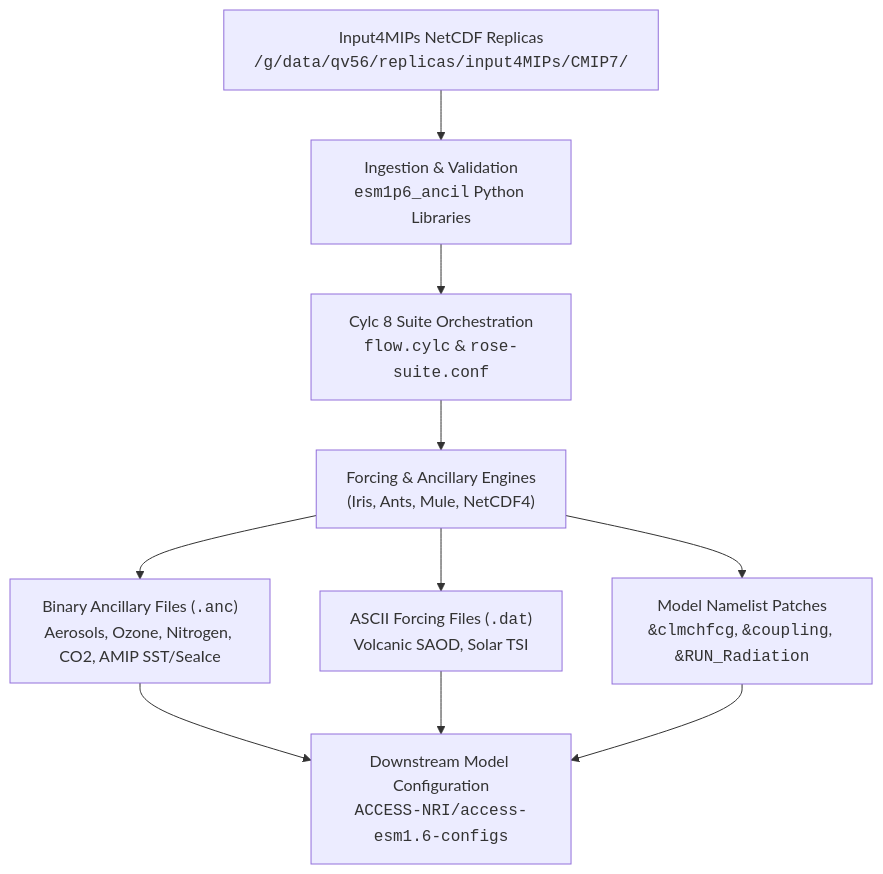
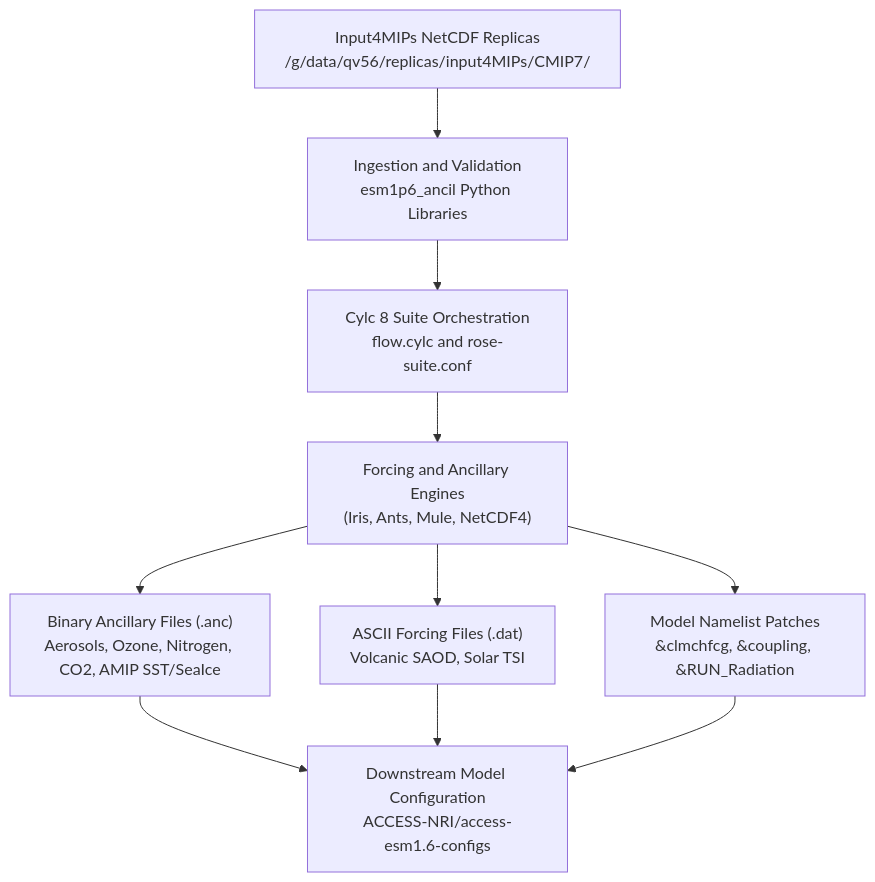
The diagram in documentation/docs/pages/index.md (ACCESS-NRI/CMIP7-Input), drawn with Mermaid before and after one commit. The commit also changed other lines of this file and 19 other files, not shown here.

Commit message:
Fixed markdown formatting and mermaid rendering

````diff
--- a/documentation/docs/pages/index.md
+++ b/documentation/docs/pages/index.md
@@ -11,14 +11,14 @@
 ```mermaid
 graph TD
-    RawMIP["Input4MIPs NetCDF Replicas<br><code>/g/data/qv56/replicas/input4MIPs/CMIP7/</code>"] --> Ingest["Ingestion & Validation<br><code>esm1p6_ancil</code> Python Libraries"]
-    Ingest --> CylcSuite["Cylc 8 Suite Orchestration<br><code>flow.cylc</code> & <code>rose-suite.conf</code>"]
-    CylcSuite --> ForcingGen["Forcing & Ancillary Engines<br>(Iris, Ants, Mule, NetCDF4)"]
+    RawMIP["Input4MIPs NetCDF Replicas<br>/g/data/qv56/replicas/input4MIPs/CMIP7/"] --> Ingest["Ingestion and Validation<br>esm1p6_ancil Python Libraries"]
+    Ingest --> CylcSuite["Cylc 8 Suite Orchestration<br>flow.cylc and rose-suite.conf"]
+    CylcSuite --> ForcingGen["Forcing and Ancillary Engines<br>(Iris, Ants, Mule, NetCDF4)"]
     
-    ForcingGen --> AncilFiles["Binary Ancillary Files (<code>.anc</code>)<br>Aerosols, Ozone, Nitrogen, CO2, AMIP SST/SeaIce"]
-    ForcingGen --> AsciiFiles["ASCII Forcing Files (<code>.dat</code>)<br>Volcanic SAOD, Solar TSI"]
-    ForcingGen --> NmlPatches["Model Namelist Patches<br><code>&clmchfcg</code>, <code>&coupling</code>, <code>&RUN_Radiation</code>"]
+    ForcingGen --> AncilFiles["Binary Ancillary Files (.anc)<br>Aerosols, Ozone, Nitrogen, CO2, AMIP SST/SeaIce"]
+    ForcingGen --> AsciiFiles["ASCII Forcing Files (.dat)<br>Volcanic SAOD, Solar TSI"]
+    ForcingGen --> NmlPatches["Model Namelist Patches<br>&amp;clmchfcg, &amp;coupling, &amp;RUN_Radiation"]
     
-    AncilFiles --> DownstreamConfig["Downstream Model Configuration<br><code>ACCESS-NRI/access-esm1.6-configs</code>"]
+    AncilFiles --> DownstreamConfig["Downstream Model Configuration<br>ACCESS-NRI/access-esm1.6-configs"]
     AsciiFiles --> DownstreamConfig
     NmlPatches --> DownstreamConfig
 ```
````
